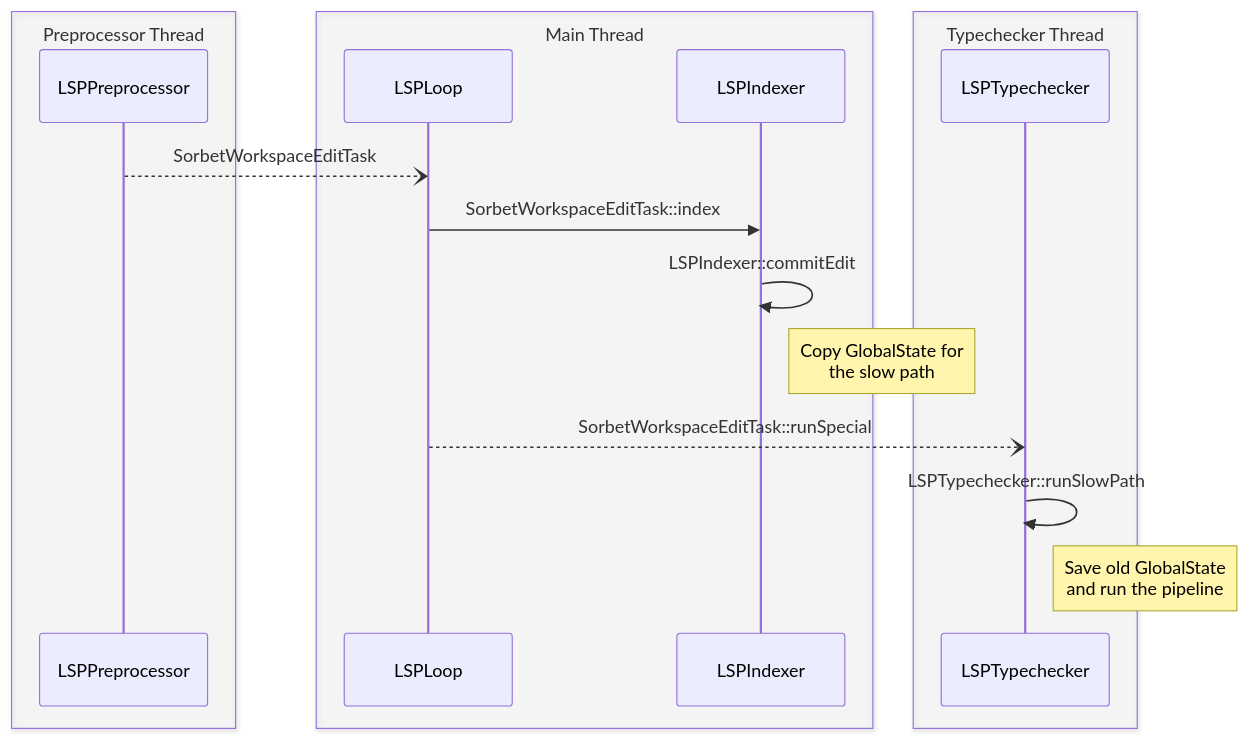
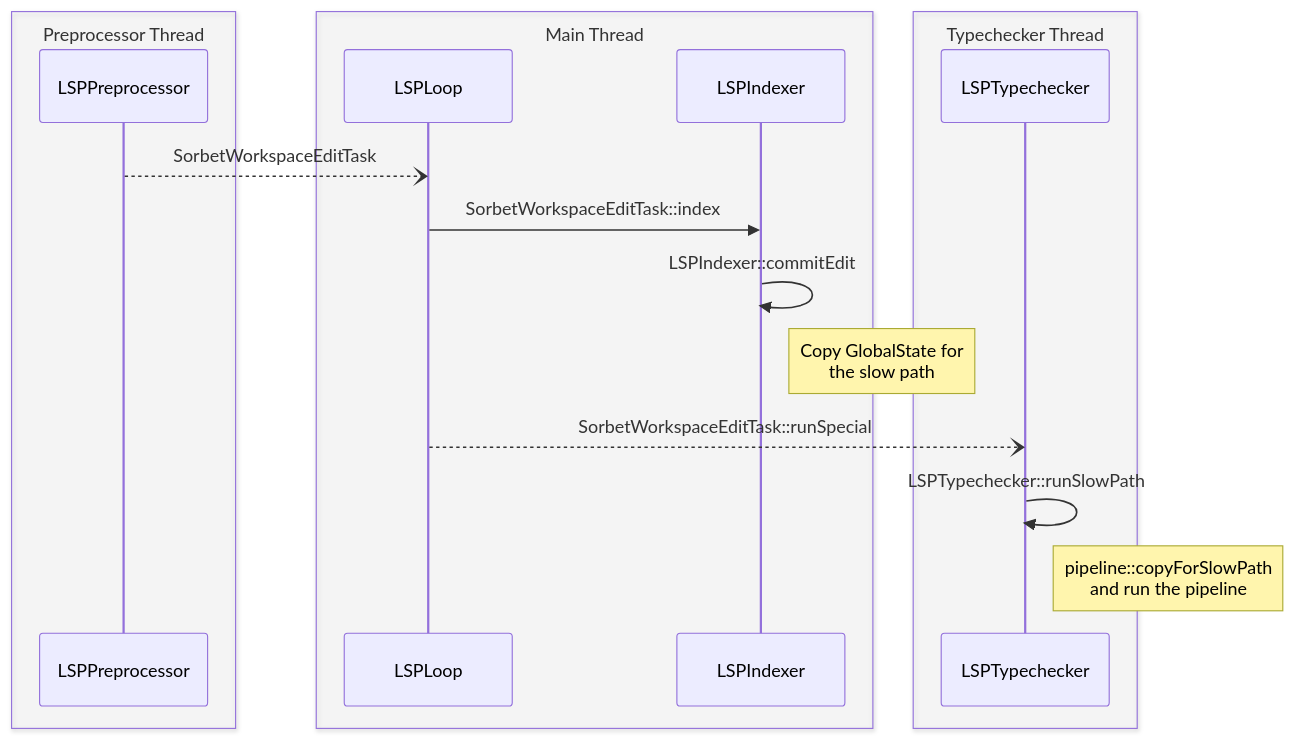
One commit to sorbet/sorbet changed the second of 2 diagrams in docs/lsp.md. Above: the diagram before and after it, drawn with Mermaid. The commit also changed other lines of this file, not shown here.

Commit message:
Update LSP state diagrams

````diff
--- a/docs/lsp.md
+++ b/docs/lsp.md
@@ -64,21 +66,21 @@
 ```mermaid
 sequenceDiagram
   box rgba(255,255,255,0.2) Preprocessor Thread
   participant LSPPreprocessor
   end
   box rgba(255,255,255,0.2) Main Thread
   participant LSPLoop
   participant LSPIndexer
   end
   box rgba(255,255,255,0.2) Typechecker Thread
   participant LSPTypechecker
   end
 
   LSPPreprocessor --) LSPLoop: SorbetWorkspaceEditTask
   LSPLoop ->> LSPIndexer: SorbetWorkspaceEditTask::index
   LSPIndexer ->> LSPIndexer: LSPIndexer::commitEdit
   Note right of LSPIndexer: Copy GlobalState for<br/>the slow path
   LSPLoop --) LSPTypechecker: SorbetWorkspaceEditTask::runSpecial
   LSPTypechecker ->> LSPTypechecker: LSPTypechecker::runSlowPath
-  Note right of LSPTypechecker: Save old GlobalState<br/>and run the pipeline
+  Note right of LSPTypechecker: pipeline::copyForSlowPath<br/>and run the pipeline
 ```
````
